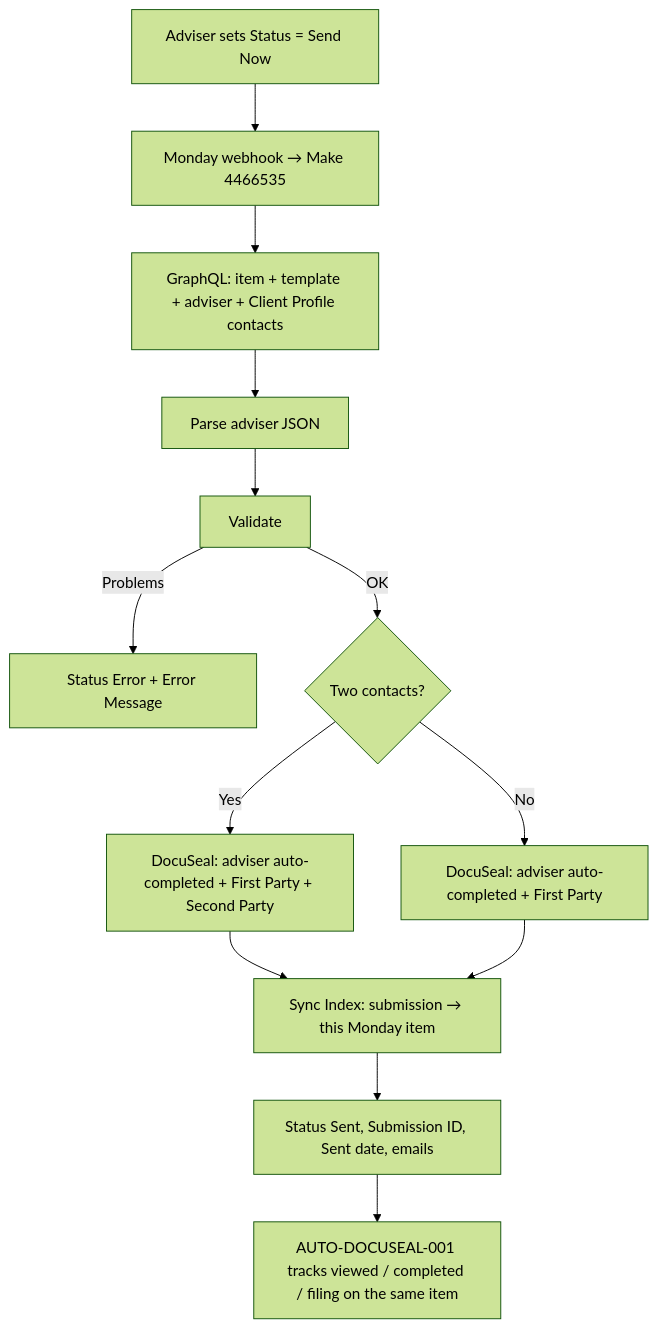
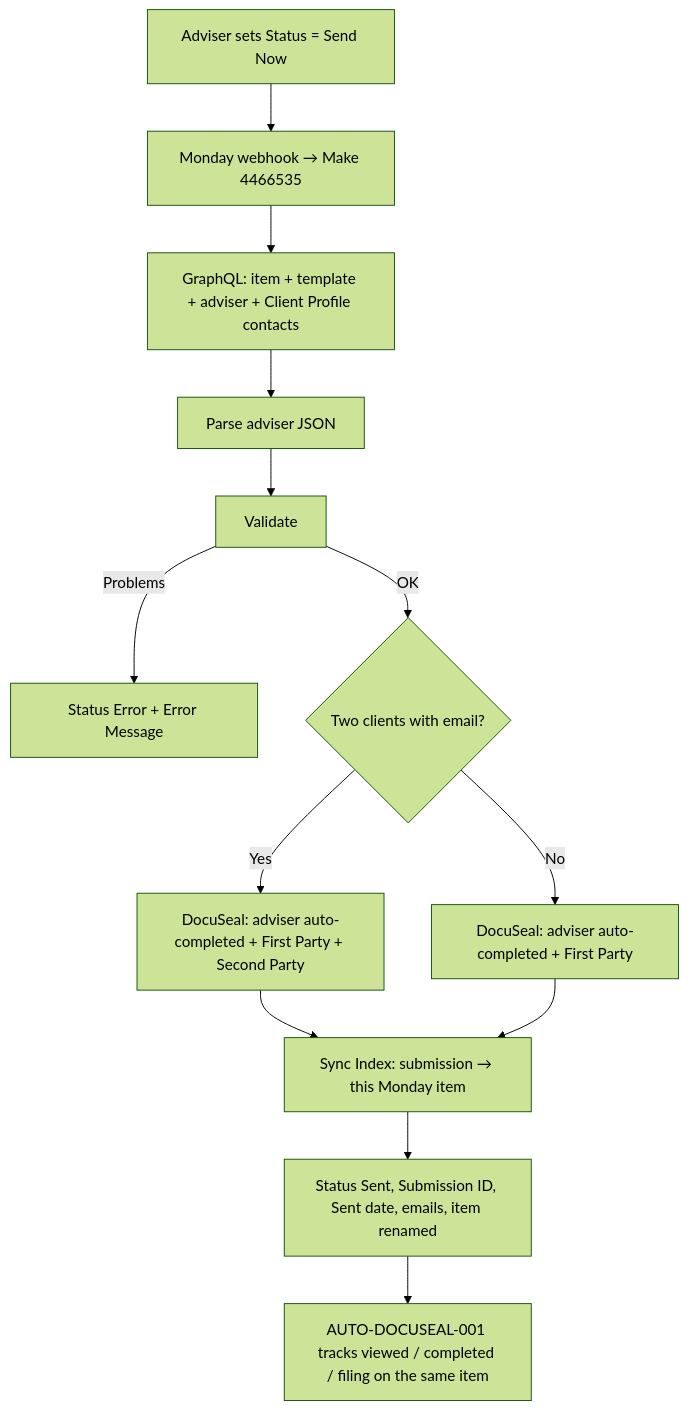
Before and after one commit to ElLeonITWizard/rsfa-technical-knowledge: the diagram in knowledge/automations/make/AUTO-DOCUSEAL-002-docuseal-send-now-from-monday.md, drawn with Mermaid (forest theme). The commit also changed other lines of this file and 3 other files, not shown here.

````diff
--- a/knowledge/automations/make/AUTO-DOCUSEAL-002-docuseal-send-now-from-monday.md
+++ b/knowledge/automations/make/AUTO-DOCUSEAL-002-docuseal-send-now-from-monday.md
@@ -216,15 +217,15 @@
 ```mermaid
 flowchart TD
     A[Adviser sets Status = Send Now] --> B[Monday webhook → Make 4466535]
     B --> C[GraphQL: item + template + adviser + Client Profile contacts]
     C --> D[Parse adviser JSON]
     D --> E[Validate]
     E -->|Problems| F[Status Error + Error Message]
-    E -->|OK| G{Two contacts?}
+    E -->|OK| G{Two clients with email?}
     G -->|Yes| H[DocuSeal: adviser auto-completed + First Party + Second Party]
     G -->|No| I[DocuSeal: adviser auto-completed + First Party]
     H --> J[Sync Index: submission → this Monday item]
     I --> J
-    J --> K[Status Sent, Submission ID, Sent date, emails]
+    J --> K[Status Sent, Submission ID, Sent date, emails, item renamed]
     K --> L[AUTO-DOCUSEAL-001 tracks viewed / completed / filing on the same item]
 ```
````
